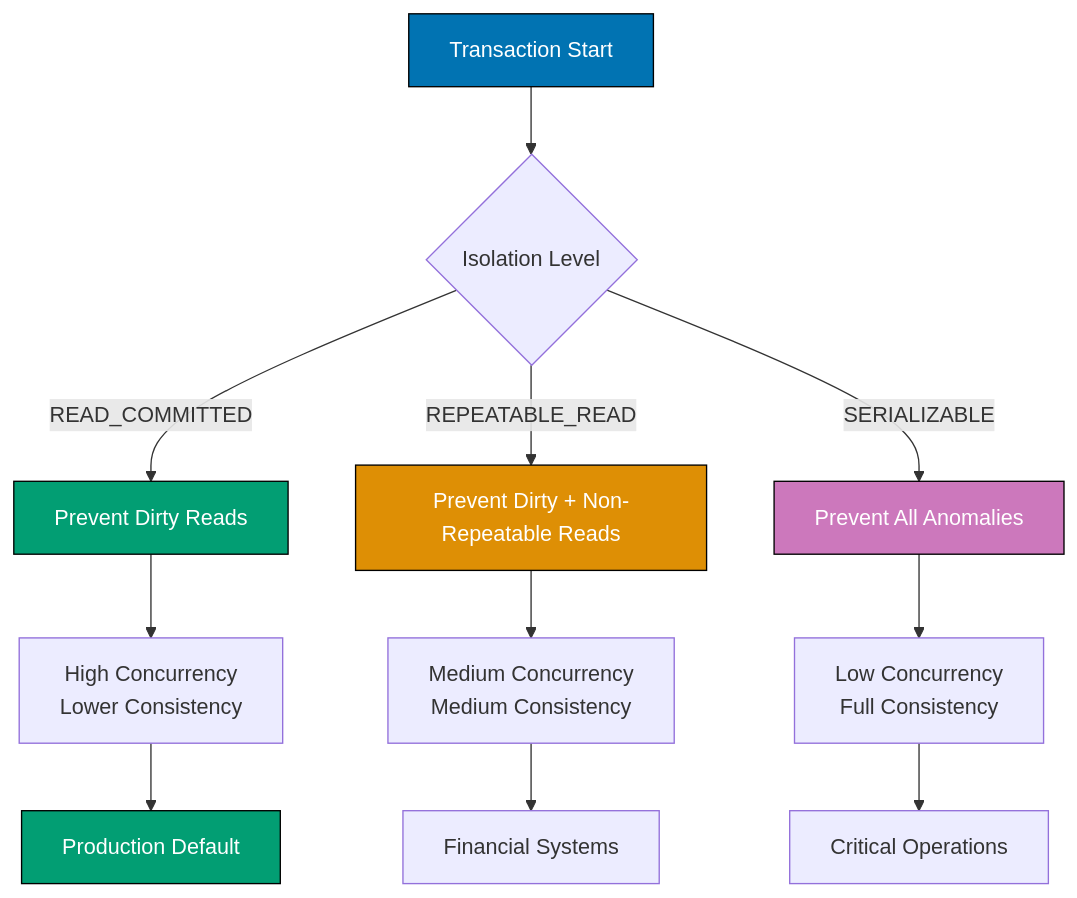
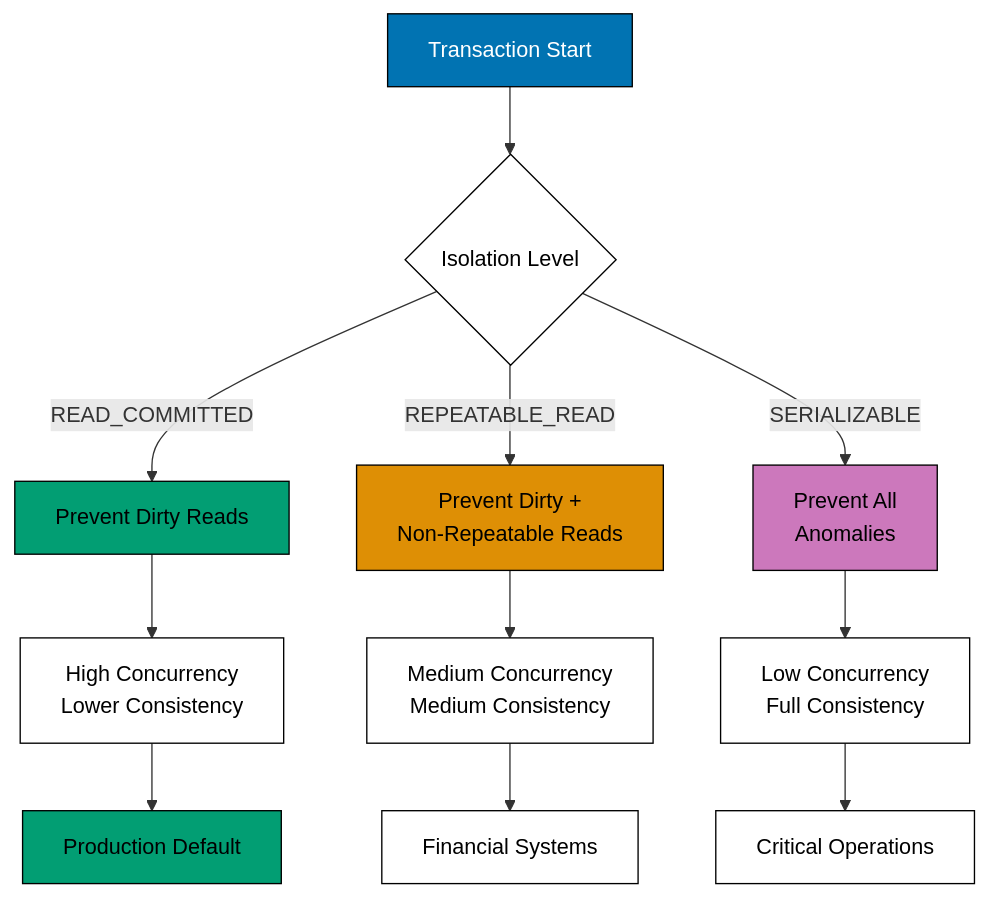
One commit to wahidyankf/ose-public changed the fifth of 14 diagrams in apps/ayokoding-www/content/en/learn/legacy/software-engineering/platforms/web/tools/jvm-spring-boot/by-example/intermediate.md. Above: the diagram before and after it, drawn with Mermaid. The commit also changed other lines of this file and 130 other files, not shown here.

First line of the commit message:
fix(mermaid): bring the legacy platforms diagrams onto the accessible palette

````diff
--- a/apps/ayokoding-www/content/en/learn/legacy/software-engineering/platforms/web/tools/jvm-spring-boot/by-example/intermediate.md
+++ b/apps/ayokoding-www/content/en/learn/legacy/software-engineering/platforms/web/tools/jvm-spring-boot/by-example/intermediate.md
@@ -608,23 +634,30 @@
 ```mermaid
 %% Color Palette: Blue #0173B2, Orange #DE8F05, Teal #029E73, Purple #CC78BC, Brown #CA9161
 graph TD
+    accTitle: Example 22: Isolation Levels
+    accDescr: Graph with 11 nodes and 10 connections. Nodes: Transaction Start, Isolation Level, Prevent Dirty Reads, Prevent Dirty + Non-Repeatable Reads, Prevent All Anomalies, High Concurrency Lower Consistency, Medium Concurrency Medium Consistency, Low Concurrency Full Consistency, Production Default, Financial Systems, Critical Operations. Connections: Transaction Start to Isolation Level, Isolation Level to Prevent Dirty Reads (READ_COMMITTED), Isolation Level to Prevent Dirty + Non-Repeatable Reads (REPEATABLE_READ), Isolation Level to Prevent All Anomalies (SERIALIZABLE), Prevent Dirty Reads to High Concurrency Lower Consistency, Prevent Dirty + Non-Repeatable Reads to Medium Concurrency Medium Consistency, Prevent All Anomalies to Low Concurrency Full Consistency, High Concurrency Lower Consistency to Production Default, Medium Concurrency Medium Consistency to Financial Systems, Low Concurrency Full Consistency to Critical Operations.
     A[Transaction Start] --> B{Isolation Level}
 
     B -->|READ_COMMITTED| C[Prevent Dirty Reads]
-    B -->|REPEATABLE_READ| D[Prevent Dirty + Non-Repeatable Reads]
-    B -->|SERIALIZABLE| E[Prevent All Anomalies]
+    B -->|REPEATABLE_READ| D[Prevent Dirty +<br/>Non-Repeatable Reads]
+    B -->|SERIALIZABLE| E[Prevent All<br/>Anomalies]
 
     C --> F[High Concurrency<br/>Lower Consistency]
     D --> G[Medium Concurrency<br/>Medium Consistency]
     E --> H[Low Concurrency<br/>Full Consistency]
 
     F --> I[Production Default]
     G --> J[Financial Systems]
     H --> K[Critical Operations]
 
-    style A fill:#0173B2,stroke:#000,color:#fff
-    style C fill:#029E73,stroke:#000,color:#fff
-    style D fill:#DE8F05,stroke:#000,color:#fff
-    style E fill:#CC78BC,stroke:#000,color:#fff
-    style I fill:#029E73,stroke:#000,color:#fff
+    classDef pal-0173B2 fill:#0173B2,stroke:#000000,color:#FFFFFF
+    class A pal-0173B2
+    classDef pal-029E73 fill:#029E73,stroke:#000000,color:#000000
+    class C pal-029E73
+    classDef pal-DE8F05 fill:#DE8F05,stroke:#000000,color:#000000
+    class D pal-DE8F05
+    classDef pal-CC78BC fill:#CC78BC,stroke:#000000,color:#000000
+    class E pal-CC78BC
+    class I pal-029E73
+    classDef default fill:#FFFFFF,stroke:#000000,color:#000000
 ```
````
